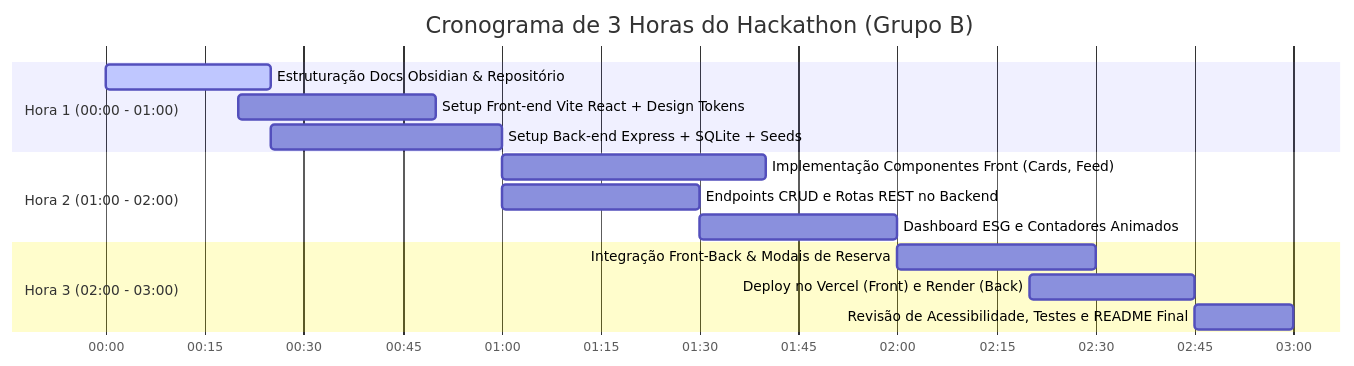
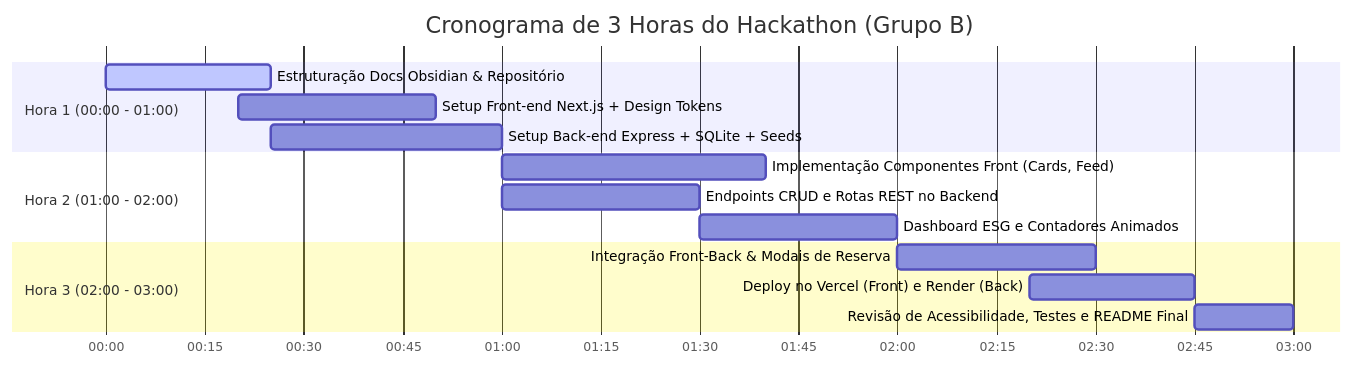
One commit to Felipe-Pinheiro-Lopes/Grupo_B_Projeto_Rede_Antidesperd-cio changed the diagram in docs/09 - Plano de Commits e Cronograma 3 Horas.md. Above: the diagram before and after it, drawn with Mermaid. The commit also changed other lines of this file and 5 other files, not shown here.

````diff
--- a/docs/09 - Plano de Commits e Cronograma 3 Horas.md
+++ b/docs/09 - Plano de Commits e Cronograma 3 Horas.md
@@ -23,21 +23,21 @@
 ```mermaid
 gantt
     title Cronograma de 3 Horas do Hackathon (Grupo B)
     dateFormat  HH:mm
     axisFormat  %H:%M
     
     section Hora 1 (00:00 - 01:00)
     Estruturação Docs Obsidian & Repositório :active, 00:00, 00:25
-    Setup Front-end Vite React + Design Tokens : 00:20, 00:50
+    Setup Front-end Next.js + Design Tokens : 00:20, 00:50
     Setup Back-end Express + SQLite + Seeds : 00:25, 01:00
     
     section Hora 2 (01:00 - 02:00)
     Implementação Componentes Front (Cards, Feed) : 01:00, 01:40
     Endpoints CRUD e Rotas REST no Backend : 01:00, 01:30
     Dashboard ESG e Contadores Animados : 01:30, 02:00
     
     section Hora 3 (02:00 - 03:00)
     Integração Front-Back & Modais de Reserva : 02:00, 02:30
     Deploy no Vercel (Front) e Render (Back) : 02:20, 02:45
     Revisão de Acessibilidade, Testes e README Final : 02:45, 03:00
 ```
````
